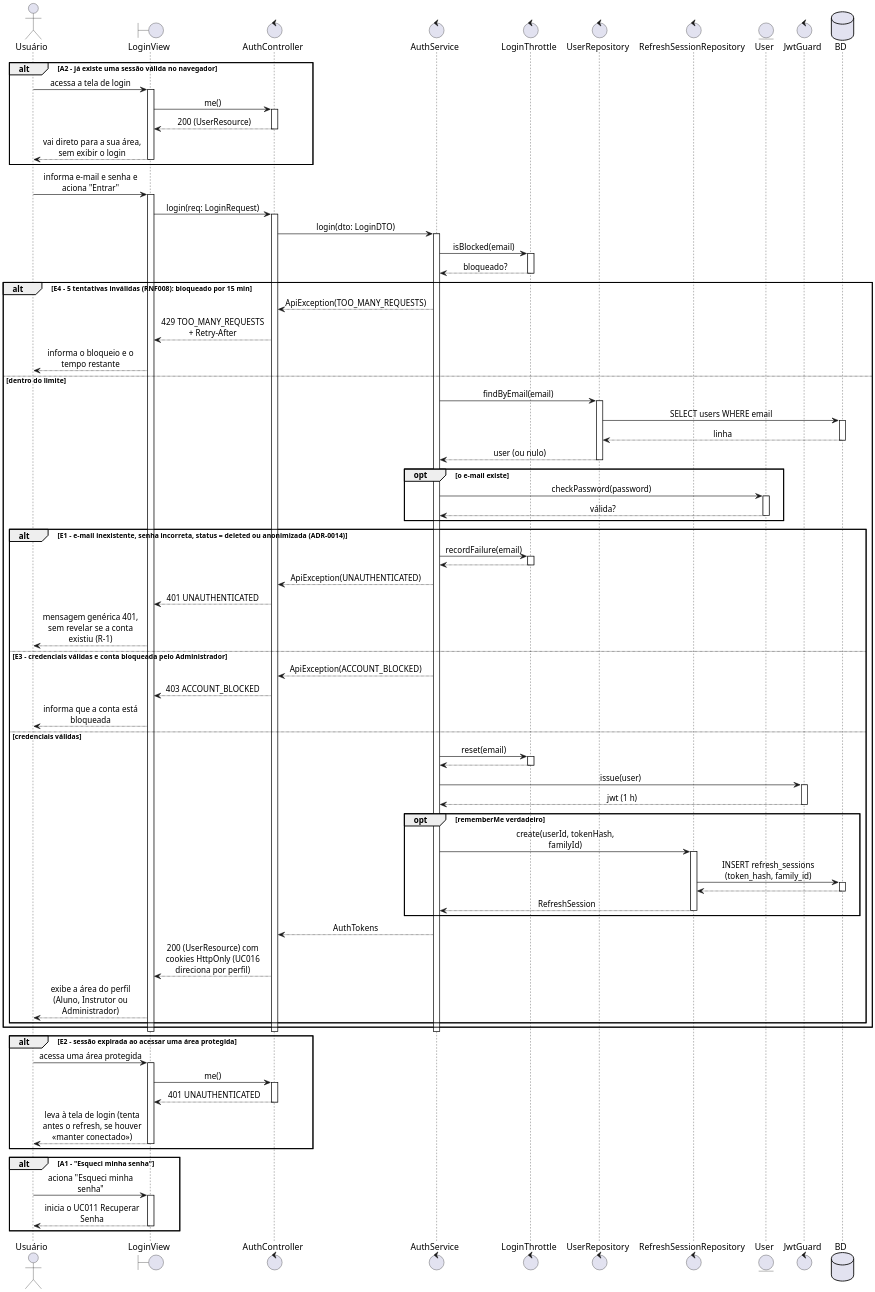
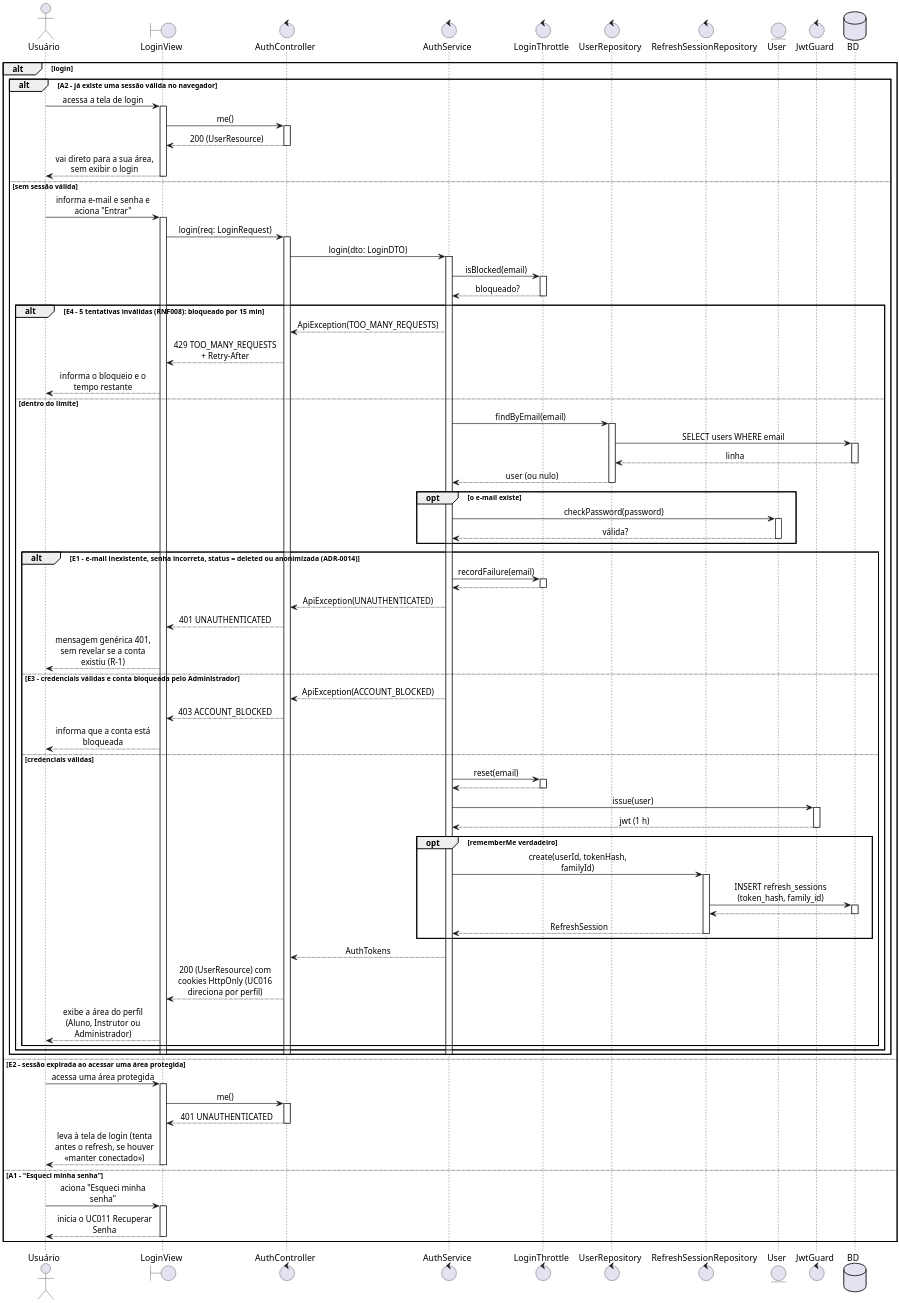
The diagram in scripts/drawio-seqgen/exemplos/14-sequencia-uc005.puml (Plataforma-de-Cursos-TCC/plataforma-cursos-docs), drawn with PlantUML before and after one commit. The commit also changed other lines of this file and 53 other files, not shown here.

First line of the commit message:
fix(diagrama-de-sequencia): use item 13 methods and alt rule in item 14

```diff
--- a/scripts/drawio-seqgen/exemplos/14-sequencia-uc005.puml
+++ b/scripts/drawio-seqgen/exemplos/14-sequencia-uc005.puml
@@ -3,88 +3,86 @@
 @startuml 14-sequencia-uc005
 skinparam shadowing false
 skinparam dpi 192
 skinparam defaultFontName Arial
 skinparam sequenceMessageAlign center
 skinparam responseMessageBelowArrow true
 skinparam wrapMessageWidth 170
 skinparam BoxPadding 8
 
 actor "Usuário" as USU
 boundary LoginView as V
 control AuthController as C
 control AuthService as S
 control LoginThrottle as T
 control UserRepository as R
 control RefreshSessionRepository as RS
 entity User as U
 control JwtGuard as J
 database BD
 
-alt A2 - já existe uma sessão válida no navegador
-  USU -> V ++ : acessa a tela de login
-  V -> C ++ : me()
-  C --> V -- : 200 (UserResource)
-  V --> USU -- : vai direto para a sua área, sem exibir o login
-end
+alt login
+  alt A2 - já existe uma sessão válida no navegador
+    USU -> V ++ : acessa a tela de login
+    V -> C ++ : me()
+    C --> V -- : 200 (UserResource)
+    V --> USU -- : vai direto para a sua área, sem exibir o login
+  else sem sessão válida
+    USU -> V ++ : informa e-mail e senha e aciona "Entrar"
+    V -> C ++ : login(req: LoginRequest)
+    C -> S ++ : login(dto: LoginDTO)
+    S -> T ++ : isBlocked(email)
+    T --> S -- : bloqueado?
 
-USU -> V ++ : informa e-mail e senha e aciona "Entrar"
-V -> C ++ : login(req: LoginRequest)
-C -> S ++ : login(dto: LoginDTO)
-S -> T ++ : isBlocked(email)
-T --> S -- : bloqueado?
-
-alt E4 - 5 tentativas inválidas (RNF008): bloqueado por 15 min
-  S --> C : ApiException(TOO_MANY_REQUESTS)
-  C --> V : 429 TOO_MANY_REQUESTS + Retry-After
-  V --> USU : informa o bloqueio e o tempo restante
-else dentro do limite
-  S -> R ++ : findByEmail(email)
-  R -> BD ++ : SELECT users WHERE email
-  BD --> R -- : linha
-  R --> S -- : user (ou nulo)
-  opt o e-mail existe
-    S -> U ++ : checkPassword(password)
-    U --> S -- : válida?
+    alt E4 - 5 tentativas inválidas (RNF008): bloqueado por 15 min
+      S --> C : ApiException(TOO_MANY_REQUESTS)
+      C --> V : 429 TOO_MANY_REQUESTS + Retry-After
+      V --> USU : informa o bloqueio e o tempo restante
+    else dentro do limite
+      S -> R ++ : findByEmail(email)
+      R -> BD ++ : SELECT users WHERE email
+      BD --> R -- : linha
+      R --> S -- : user (ou nulo)
+      opt o e-mail existe
+        S -> U ++ : checkPassword(password)
+        U --> S -- : válida?
+      end
+      alt E1 - e-mail inexistente, senha incorreta, status = deleted ou anonimizada (ADR-0014)
+        S -> T ++ : recordFailure(email)
+        T --> S --
+        S --> C : ApiException(UNAUTHENTICATED)
+        C --> V : 401 UNAUTHENTICATED
+        V --> USU : mensagem genérica 401, sem revelar se a conta existiu (R-1)
+      else E3 - credenciais válidas e conta bloqueada pelo Administrador
+        S --> C : ApiException(ACCOUNT_BLOCKED)
+        C --> V : 403 ACCOUNT_BLOCKED
+        V --> USU : informa que a conta está bloqueada
+      else credenciais válidas
+        S -> T ++ : reset(email)
+        T --> S --
+        S -> J ++ : issue(user)
+        J --> S -- : jwt (1 h)
+        opt rememberMe verdadeiro
+          S -> RS ++ : create(userId, tokenHash, familyId)
+          RS -> BD ++ : INSERT refresh_sessions (token_hash, family_id)
+          BD --> RS --
+          RS --> S -- : RefreshSession
+        end
+        S --> C : AuthTokens
+        C --> V : 200 (UserResource) com cookies HttpOnly (UC016 direciona por perfil)
+        V --> USU : exibe a área do perfil (Aluno, Instrutor ou Administrador)
+      end
+    end
+    deactivate S
+    deactivate C
+    deactivate V
   end
-  alt E1 - e-mail inexistente, senha incorreta, status = deleted ou anonimizada (ADR-0014)
-    S -> T ++ : recordFailure(email)
-    T --> S --
-    S --> C : ApiException(UNAUTHENTICATED)
-    C --> V : 401 UNAUTHENTICATED
-    V --> USU : mensagem genérica 401, sem revelar se a conta existiu (R-1)
-  else E3 - credenciais válidas e conta bloqueada pelo Administrador
-    S --> C : ApiException(ACCOUNT_BLOCKED)
-    C --> V : 403 ACCOUNT_BLOCKED
-    V --> USU : informa que a conta está bloqueada
-  else credenciais válidas
-    S -> T ++ : reset(email)
-    T --> S --
-    S -> J ++ : issue(user)
-    J --> S -- : jwt (1 h)
-    opt rememberMe verdadeiro
-      S -> RS ++ : create(userId, tokenHash, familyId)
-      RS -> BD ++ : INSERT refresh_sessions (token_hash, family_id)
-      BD --> RS --
-      RS --> S -- : RefreshSession
-    end
-    S --> C : AuthTokens
-    C --> V : 200 (UserResource) com cookies HttpOnly (UC016 direciona por perfil)
-    V --> USU : exibe a área do perfil (Aluno, Instrutor ou Administrador)
-  end
-end
-deactivate S
-deactivate C
-deactivate V
-
-alt E2 - sessão expirada ao acessar uma área protegida
+else E2 - sessão expirada ao acessar uma área protegida
   USU -> V ++ : acessa uma área protegida
   V -> C ++ : me()
   C --> V -- : 401 UNAUTHENTICATED
   V --> USU -- : leva à tela de login (tenta antes o refresh, se houver «manter conectado»)
-end
-
-alt A1 - "Esqueci minha senha"
+else A1 - "Esqueci minha senha"
   USU -> V ++ : aciona "Esqueci minha senha"
   V --> USU -- : inicia o UC011 Recuperar Senha
 end
 @enduml
```
